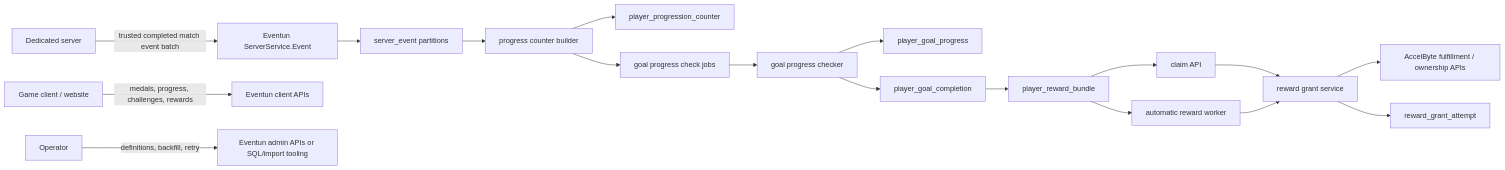
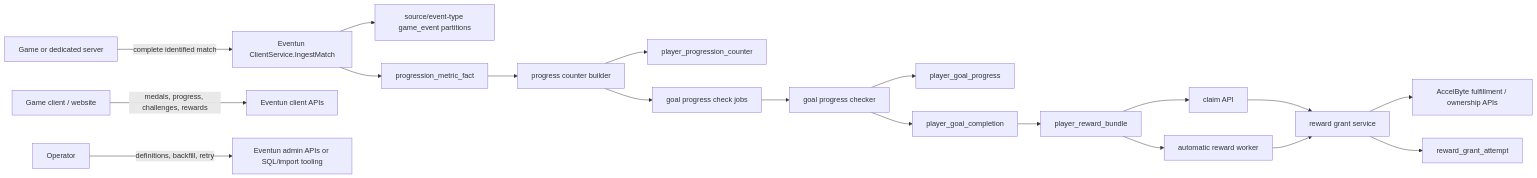
One commit to clifforous/knowledge-base changed the first of 3 diagrams in 30_designs/ascent-rivals/eventun-medals-progression-goals-challenges-rewards-solution-design.md. Above: the diagram before and after it, drawn with Mermaid. The commit also changed other lines of this file and 37 other files, not shown here.

````diff
--- a/30_designs/ascent-rivals/eventun-medals-progression-goals-challenges-rewards-solution-design.md
+++ b/30_designs/ascent-rivals/eventun-medals-progression-goals-challenges-rewards-solution-design.md
@@ -50,20 +51,21 @@
 ```mermaid
 flowchart LR
-  Game["Dedicated server"] -->|"trusted completed match event batch"| Ingest["Eventun ServerService.Event"]
-  Ingest --> Raw["server_event partitions"]
-  Raw --> CounterBuilder["progress counter builder"]
+  Game["Game or dedicated server"] -->|"complete identified match"| Ingest["Eventun ClientService.IngestMatch"]
+  Ingest --> Raw["source/event-type game_event partitions"]
+  Ingest --> Facts["progression_metric_fact"]
+  Facts --> CounterBuilder["progress counter builder"]
   CounterBuilder --> Counters["player_progression_counter"]
   CounterBuilder --> GoalCheckJobs["goal progress check jobs"]
   GoalCheckJobs --> GoalChecker["goal progress checker"]
   GoalChecker --> Progress["player_goal_progress"]
   GoalChecker --> Completion["player_goal_completion"]
   Completion --> Rewards["player_reward_bundle"]
   Rewards --> Claim["claim API"]
   Rewards --> Auto["automatic reward worker"]
   Claim --> Grant["reward grant service"]
   Auto --> Grant
   Grant --> AB["AccelByte fulfillment / ownership APIs"]
   Grant --> Attempts["reward_grant_attempt"]
   Client["Game client / website"] -->|"medals, progress, challenges, rewards"| ClientAPI["Eventun client APIs"]
   Ops["Operator"] -->|"definitions, backfill, retry"| AdminAPI["Eventun admin APIs or SQL/import tooling"]
 ```
````
